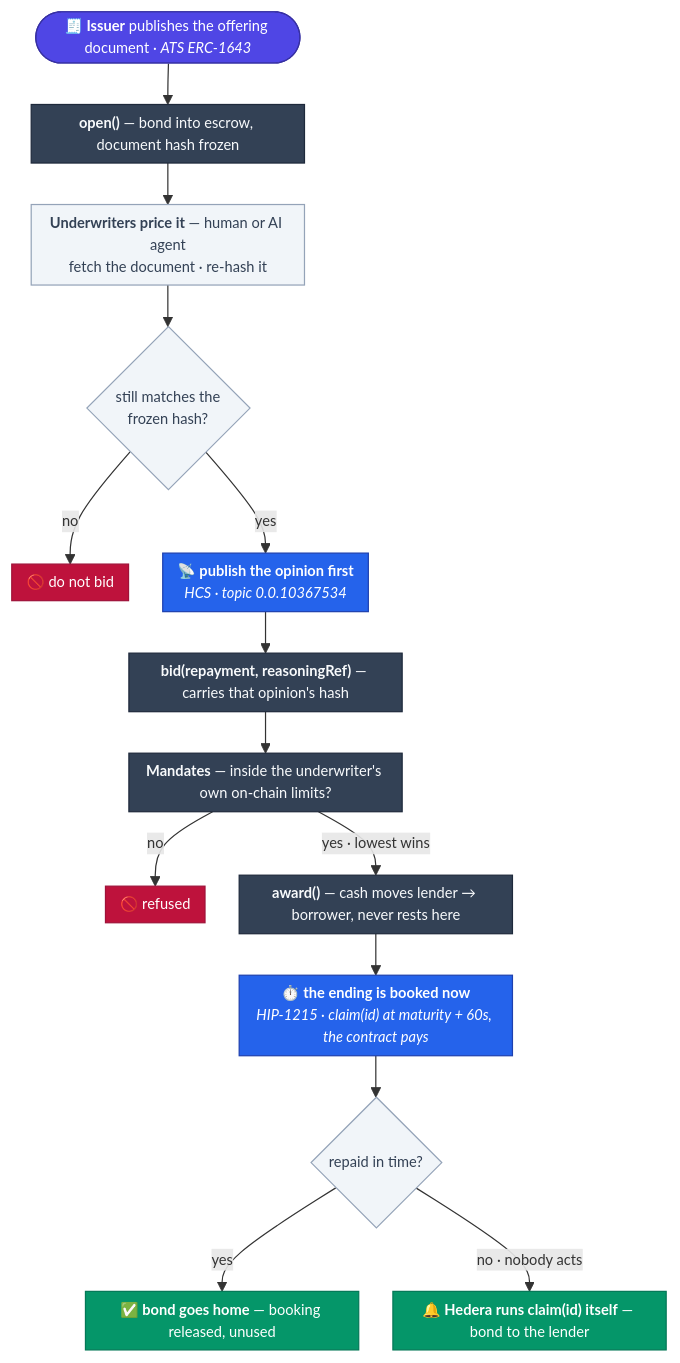
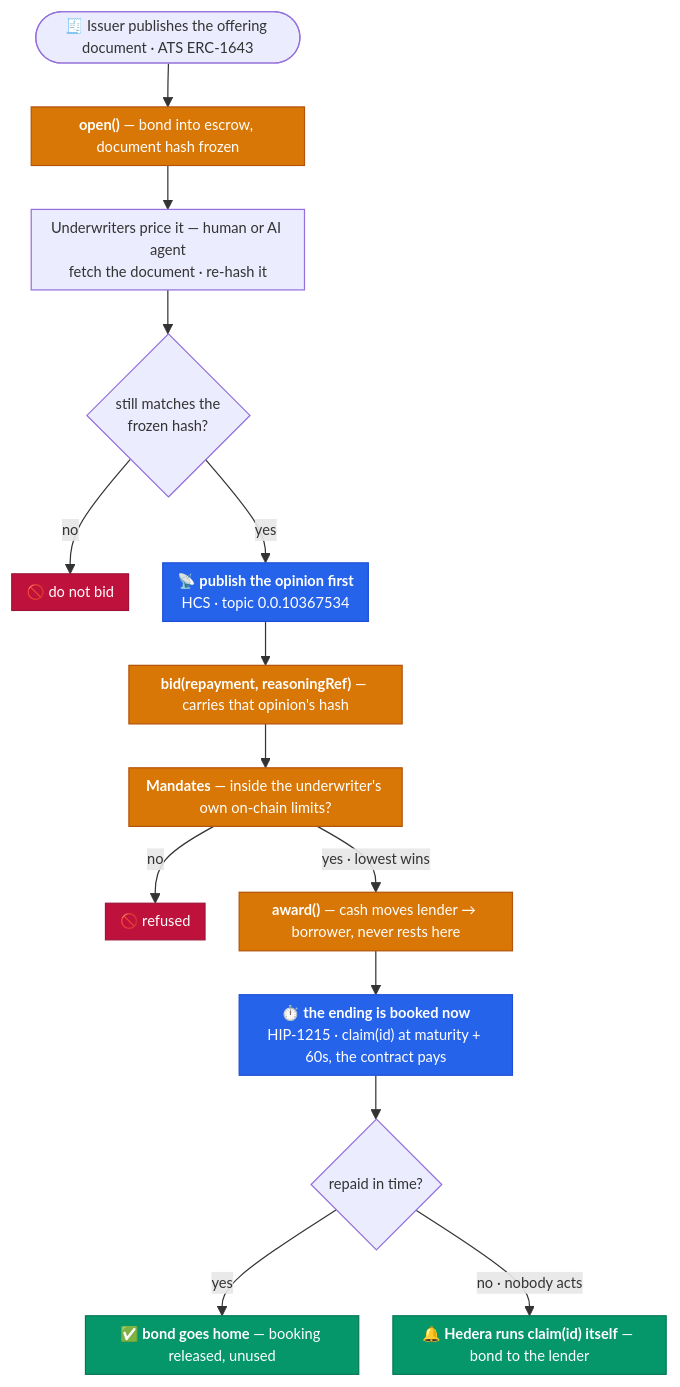
One commit to Madhav-Gupta-28/Rialto changed the first of 2 diagrams in README.md. Above: the diagram before and after it, drawn with Mermaid. The commit also changed other lines of this file, not shown here.

Commit message:
Let the diagrams use the README's own theme
They were painting every node and then sitting the whole thing on a near-white
ground. On a dark GitHub page that is a white slab with black boxes on it — the
opposite of belonging to the page it is in.

Now they do what the best Hedera repos do: leave the nodes alone and let
GitHub's own mermaid theme colour them, so the diagram is dark on a dark page
and light on a light one. Only what deserves emphasis is painted, and only in
four colours that mean the same thing in both pictures — amber for our code,
blue for Hedera acting on its own, green for an ending, red for a refusal.
Subgraphs carry a stroke and no fill. The consensus topic is a cylinder, because
it is a log rather than a step.

Both were rendered under the dark theme and the light one and looked at in each.

````diff
--- a/README.md
+++ b/README.md
@@ -48,43 +48,47 @@
 ```mermaid
 ---
 config:
   flowchart:
     nodeSpacing: 28
-    rankSpacing: 34
+    rankSpacing: 36
     padding: 6
     useMaxWidth: true
   themeVariables:
     fontSize: 12px
 ---
 flowchart TD
-    ISS(["🧾 <b>Issuer</b> publishes the offering document · <i>ATS ERC-1643</i>"]):::ats
+    ISS(["🧾 Issuer publishes the offering document · ATS ERC-1643"])
     ISS --> OPEN
-    OPEN["<b>open()</b> — bond into escrow, document hash frozen"]:::rialto
+    OPEN["<b>open()</b> — bond into escrow, document hash frozen"]
     OPEN --> READ
-    READ["<b>Underwriters price it</b> — human or AI agent<br/>fetch the document · re-hash it"]:::actor
+    READ["Underwriters price it — human or AI agent<br/>fetch the document · re-hash it"]
     READ --> CHK
-    CHK{"still matches the<br/>frozen hash?"}:::actor
-    CHK -->|no| STOP["🚫 do not bid"]:::bad
+    CHK{"still matches the<br/>frozen hash?"}
+    CHK -->|no| STOP["🚫 do not bid"]
     CHK -->|yes| HCS
-    HCS["📡 <b>publish the opinion first</b><br/><i>HCS · topic 0.0.10367534</i>"]:::hedera
+    HCS["📡 <b>publish the opinion first</b><br/>HCS · topic 0.0.10367534"]
     HCS --> BID
-    BID["<b>bid(repayment, reasoningRef)</b> — carries that opinion's hash"]:::rialto
+    BID["<b>bid(repayment, reasoningRef)</b> — carries that opinion's hash"]
     BID --> MAND
-    MAND["<b>Mandates</b> — inside the underwriter's own on-chain limits?"]:::rialto
-    MAND -->|no| REJ["🚫 refused"]:::bad
+    MAND["<b>Mandates</b> — inside the underwriter's own on-chain limits?"]
+    MAND -->|no| REJ["🚫 refused"]
     MAND -->|"yes · lowest wins"| AWARD
-    AWARD["<b>award()</b> — cash moves lender → borrower, never rests here"]:::rialto
+    AWARD["<b>award()</b> — cash moves lender → borrower, never rests here"]
     AWARD --> BOOK
-    BOOK["⏱️ <b>the ending is booked now</b><br/><i>HIP-1215 · claim(id) at maturity + 60s, the contract pays</i>"]:::hedera
+    BOOK["⏱️ <b>the ending is booked now</b><br/>HIP-1215 · claim(id) at maturity + 60s, the contract pays"]
     BOOK --> Q
-    Q{"repaid in time?"}:::actor
-    Q -->|yes| REPAY["✅ <b>bond goes home</b> — booking released, unused"]:::good
-    Q -->|"no · nobody acts"| AUTO["🔔 <b>Hedera runs claim(id) itself</b> — bond to the lender"]:::good
+    Q{"repaid in time?"}
+    Q -->|yes| REPAY["✅ <b>bond goes home</b> — booking released, unused"]
+    Q -->|"no · nobody acts"| AUTO["🔔 <b>Hedera runs claim(id) itself</b> — bond to the lender"]
 
-    classDef rialto fill:#334155,stroke:#1E293B,color:#F8FAFC
-    classDef hedera fill:#2563EB,stroke:#1E40AF,color:#FFFFFF
-    classDef ats fill:#4F46E5,stroke:#3730A3,color:#FFFFFF
-    classDef good fill:#059669,stroke:#047857,color:#FFFFFF
-    classDef bad fill:#BE123C,stroke:#9F1239,color:#FFFFFF
-    classDef actor fill:#F1F5F9,stroke:#94A3B8,color:#334155
+    style OPEN fill:#D97706,stroke:#B45309,color:#FFFFFF
+    style BID fill:#D97706,stroke:#B45309,color:#FFFFFF
+    style MAND fill:#D97706,stroke:#B45309,color:#FFFFFF
+    style AWARD fill:#D97706,stroke:#B45309,color:#FFFFFF
+    style HCS fill:#2563EB,stroke:#1D4ED8,color:#FFFFFF
+    style BOOK fill:#2563EB,stroke:#1D4ED8,color:#FFFFFF
+    style REPAY fill:#059669,stroke:#047857,color:#FFFFFF
+    style AUTO fill:#059669,stroke:#047857,color:#FFFFFF
+    style STOP fill:#BE123C,stroke:#9F1239,color:#FFFFFF
+    style REJ fill:#BE123C,stroke:#9F1239,color:#FFFFFF
 ```
````
